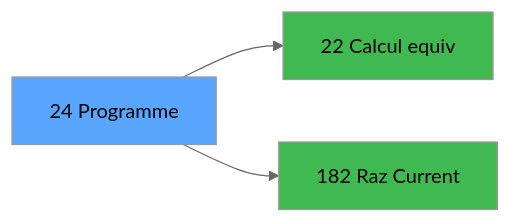
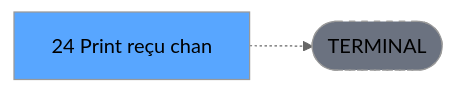
One commit to thonyAGP/lecteur-magic changed the third of 3 diagrams in .openspec/specs/ADH-IDE-24.md. Above: the diagram before and after it, drawn with Mermaid (neutral theme). The commit also changed other lines of this file and 701 other files, not shown here.

````diff
--- a/.openspec/specs/ADH-IDE-24.md
+++ b/.openspec/specs/ADH-IDE-24.md
@@ -155,11 +138,8 @@
 ```mermaid
 graph LR
-    T[24 Programme]
-    C22[22 Calcul equiv]
-    T --> C22
-    C182[182 Raz Current ]
-    T --> C182
+    T[24 Print reçu chan]
+    TERM([TERMINAL])
+    T -.-> TERM
+    style TERM fill:#6b7280,stroke-dasharray: 5 5
     style T fill:#58a6ff,color:#000
-    style C22 fill:#3fb950
-    style C182 fill:#3fb950
 ```
````
